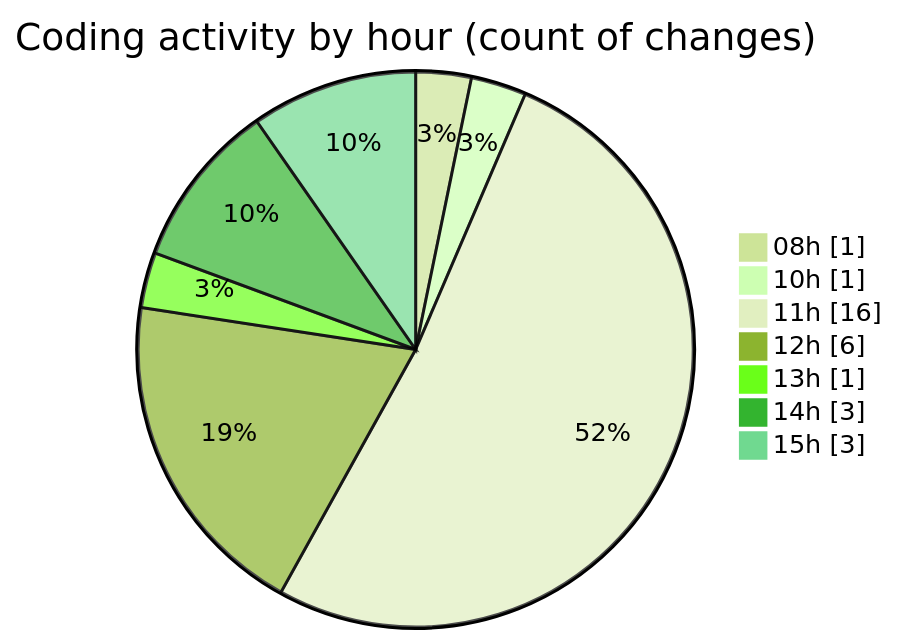
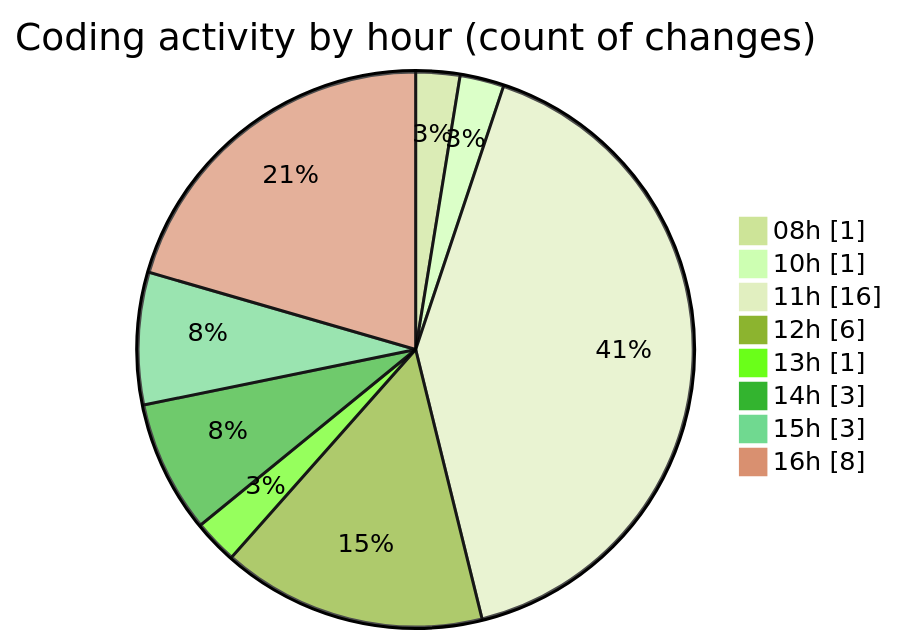
The second of 2 diagrams in 2026-04-07/cilapp/README.md (ricardozamudiocil/code-tracking), drawn with Mermaid (forest theme) before and after one commit. The commit also changed other lines of this file and 1 other file, not shown here.

````diff
--- a/2026-04-07/cilapp/README.md
+++ b/2026-04-07/cilapp/README.md
@@ -33,11 +35,12 @@
 ```mermaid
 pie showData
 title Coding activity by hour (count of changes)
 "08h" : 1
 "10h" : 1
 "11h" : 16
 "12h" : 6
 "13h" : 1
 "14h" : 3
 "15h" : 3
+"16h" : 8
 ```
````
